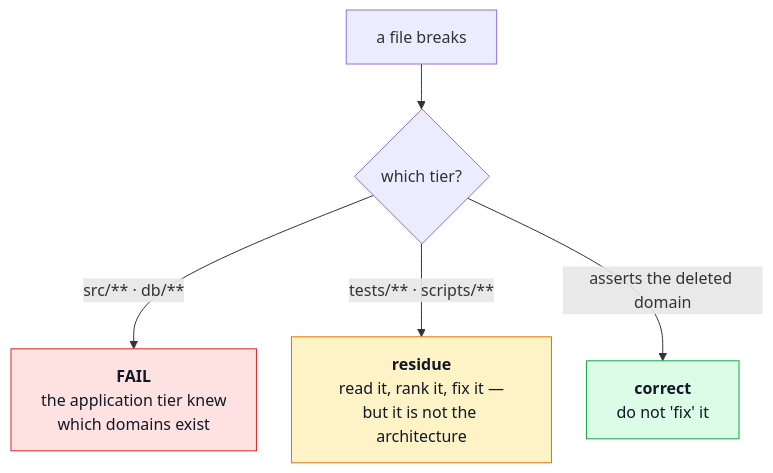
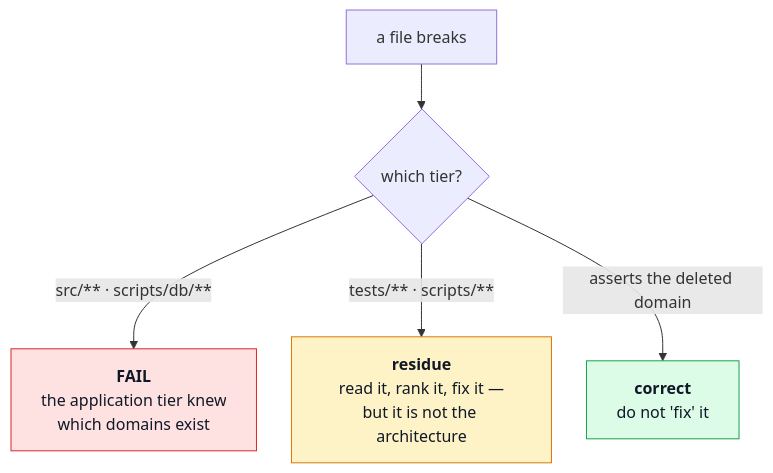
The third of 4 diagrams in docs/theory/module-lifecycle.md (Guebbit/boilerplate-node-backend), drawn with Mermaid before and after one commit. The commit also changed other lines of this file and 131 other files, not shown here.

````diff
--- a/docs/theory/module-lifecycle.md
+++ b/docs/theory/module-lifecycle.md
@@ -373,14 +373,14 @@
 ```mermaid
 %%{init: {'flowchart': {'nodeSpacing': 35, 'rankSpacing': 45}}}%%
 flowchart TD
     F["a file breaks"] --> Q{"which tier?"}
-    Q -->|"src/** · db/**"| BAD["<b>FAIL</b><br/>the application tier knew<br/>which domains exist"]
+    Q -->|"src/** · scripts/db/**"| BAD["<b>FAIL</b><br/>the application tier knew<br/>which domains exist"]
     Q -->|"tests/** · scripts/**"| RES["<b>residue</b><br/>read it, rank it, fix it —<br/>but it is not the architecture"]
     Q -->|"asserts the deleted domain"| OK["<b>correct</b><br/>do not 'fix' it"]
     classDef bad fill:#fee2e2,stroke:#dc2626,color:#111827;
     classDef warn fill:#fef3c7,stroke:#d97706,color:#111827;
     classDef good fill:#dcfce7,stroke:#16a34a,color:#111827;
     class BAD bad;
     class RES warn;
     class OK good;
 ```
````
